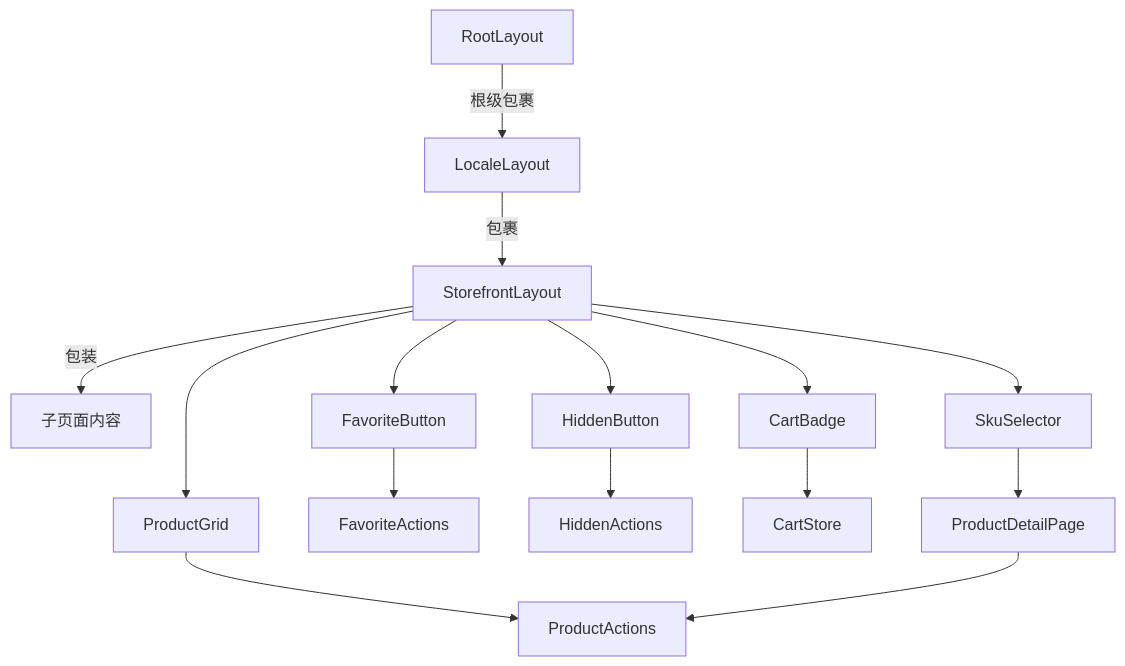
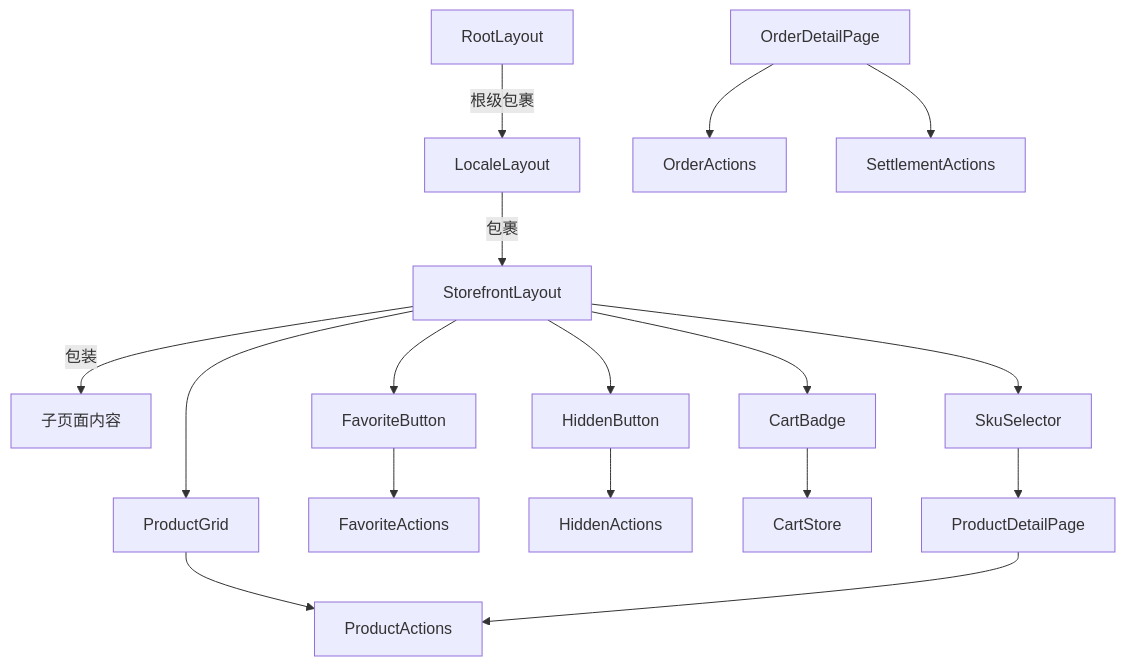
One commit to three3638-arch/celestia_2b changed the second of 11 diagrams in .qoder/repowiki/zh/content/前台商店系统/前台商店系统.md. Above: the diagram before and after it, drawn with Mermaid. The commit also changed other lines of this file and 5 other files, not shown here.

````diff
--- a/.qoder/repowiki/zh/content/前台商店系统/前台商店系统.md
+++ b/.qoder/repowiki/zh/content/前台商店系统/前台商店系统.md
@@ -185,17 +196,19 @@
 ```mermaid
 graph TB
 StorefrontLayout --> |"包装"| Children["子页面内容"]
 LocaleLayout --> |"包裹"| StorefrontLayout
 RootLayout --> |"根级包裹"| LocaleLayout
 StorefrontLayout --> ProductGrid
 StorefrontLayout --> CartBadge
 StorefrontLayout --> FavoriteButton
 StorefrontLayout --> HiddenButton
 StorefrontLayout --> SkuSelector
 ProductGrid --> ProductActions
 FavoriteButton --> FavoriteActions
 HiddenButton --> HiddenActions
 CartBadge --> CartStore
 SkuSelector --> ProductDetailPage
 ProductDetailPage --> ProductActions
+OrderDetailPage --> OrderActions
+OrderDetailPage --> SettlementActions
 ```
````
